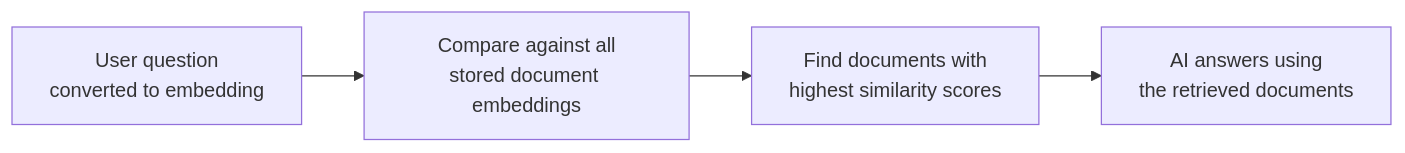
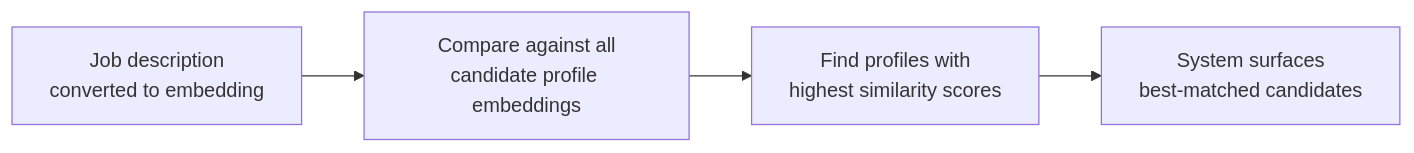
The diagram in Week8/1.Embeddings_In_Practice.md (NamrataRev/AI_academy), drawn with Mermaid before and after one commit. The commit also changed other lines of this file and 5 other files, not shown here.

````diff
--- a/Week8/1.Embeddings_In_Practice.md
+++ b/Week8/1.Embeddings_In_Practice.md
@@ -82,6 +78,6 @@
 ```mermaid
 flowchart LR
-    A[User question\nconverted to embedding] --> B[Compare against all\nstored document embeddings]
-    B --> C[Find documents with\nhighest similarity scores]
-    C --> D[AI answers using\nthe retrieved documents]
+    A[Job description\nconverted to embedding] --> B[Compare against all\ncandidate profile embeddings]
+    B --> C[Find profiles with\nhighest similarity scores]
+    C --> D[System surfaces\nbest-matched candidates]
 ```
````
